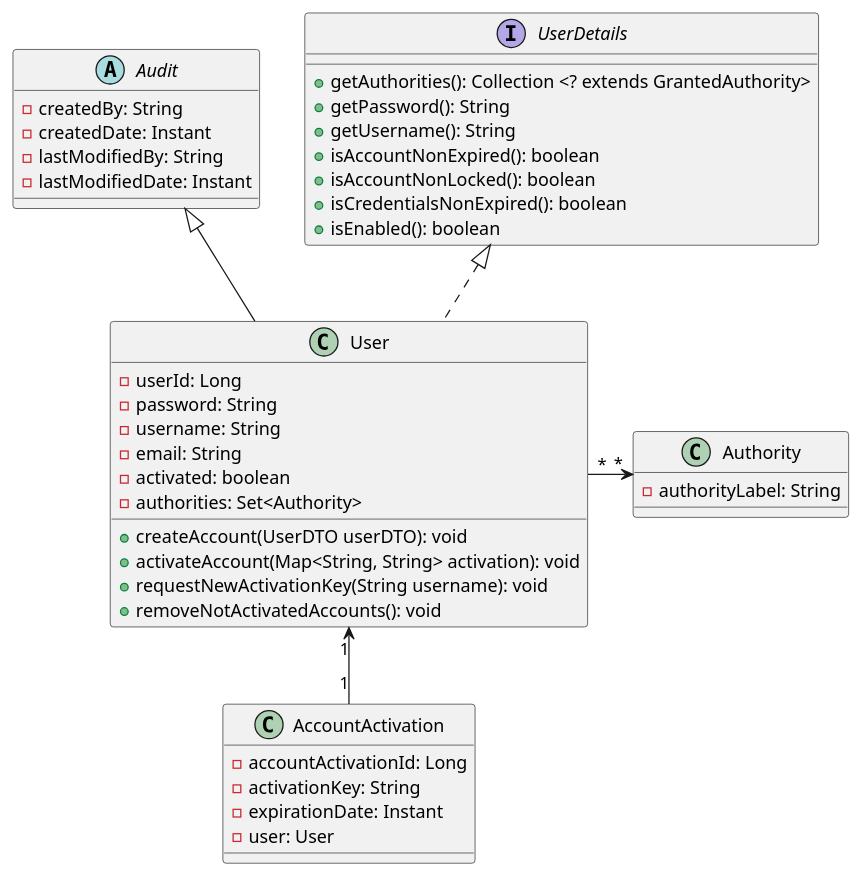
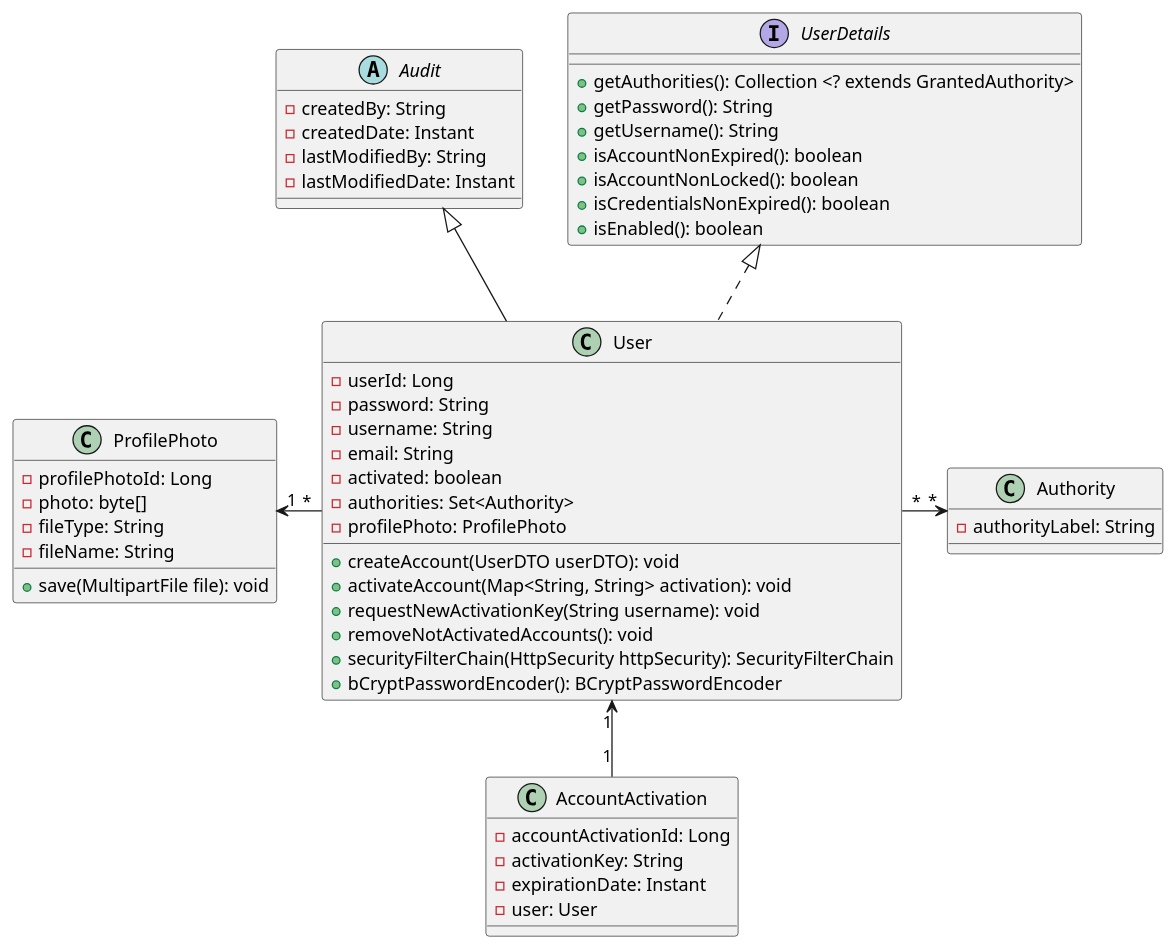
Before and after one commit to fatimabenzaoui/auth-springboot: the diagram in usecases-diagramclasses/diagram-class.puml, drawn with PlantUML. The commit also changed 31 other files, not shown here.

Commit message:
ajout du model "ProfilePhoto" + ajout tests unitaires de la couche DAO

```diff
--- a/usecases-diagramclasses/diagram-class.puml
+++ b/usecases-diagramclasses/diagram-class.puml
@@ -1,50 +1,62 @@
 @startuml shopclassdiagram
 
 User "*" -right-> "*" Authority
 User "1" <-down- "1" AccountActivation
+User "*" -left-> "1" ProfilePhoto
 
 abstract class Audit {
     - createdBy: String
     - createdDate: Instant
     - lastModifiedBy: String
     - lastModifiedDate: Instant
 }
 
 interface UserDetails {
     + getAuthorities(): Collection <? extends GrantedAuthority>
     + getPassword(): String
     + getUsername(): String
     + isAccountNonExpired(): boolean
     + isAccountNonLocked(): boolean
     + isCredentialsNonExpired(): boolean
     + isEnabled(): boolean
 }
 
 class User extends Audit
 class User implements UserDetails
 class User {
     - userId: Long
     - password: String
     - username: String  
     - email: String
     - activated: boolean
     - authorities: Set<Authority>
+    - profilePhoto: ProfilePhoto
 
     + createAccount(UserDTO userDTO): void
     + activateAccount(Map<String, String> activation): void
     + requestNewActivationKey(String username): void
     + removeNotActivatedAccounts(): void
+    + securityFilterChain(HttpSecurity httpSecurity): SecurityFilterChain
+    + bCryptPasswordEncoder(): BCryptPasswordEncoder
 }
 
 class Authority {
     - authorityLabel: String
 }
 
 class AccountActivation {
     - accountActivationId: Long
     - activationKey: String
     - expirationDate: Instant
     - user: User
 }
 
+class ProfilePhoto {
+    - profilePhotoId: Long
+    - photo: byte[]
+    - fileType: String
+    - fileName: String
+    + save(MultipartFile file): void
+}
+
 @enduml
```
